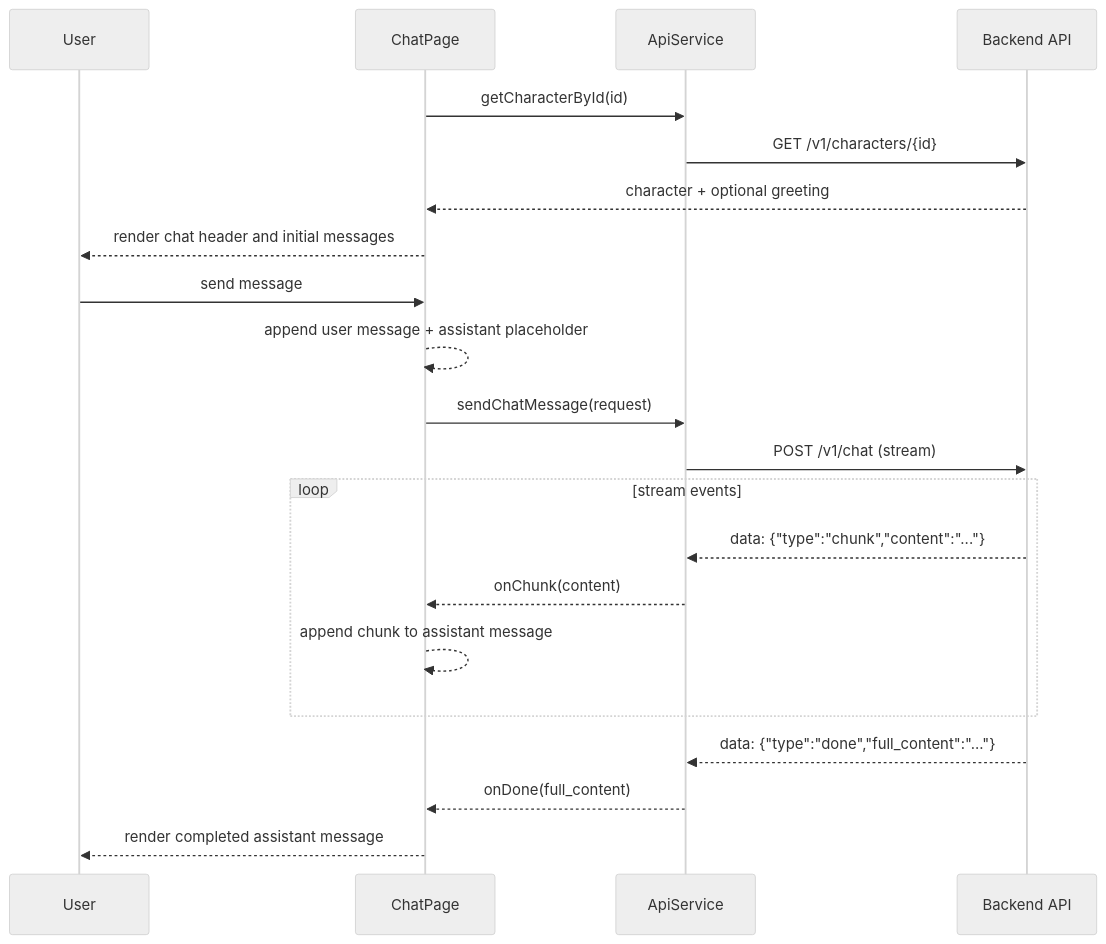
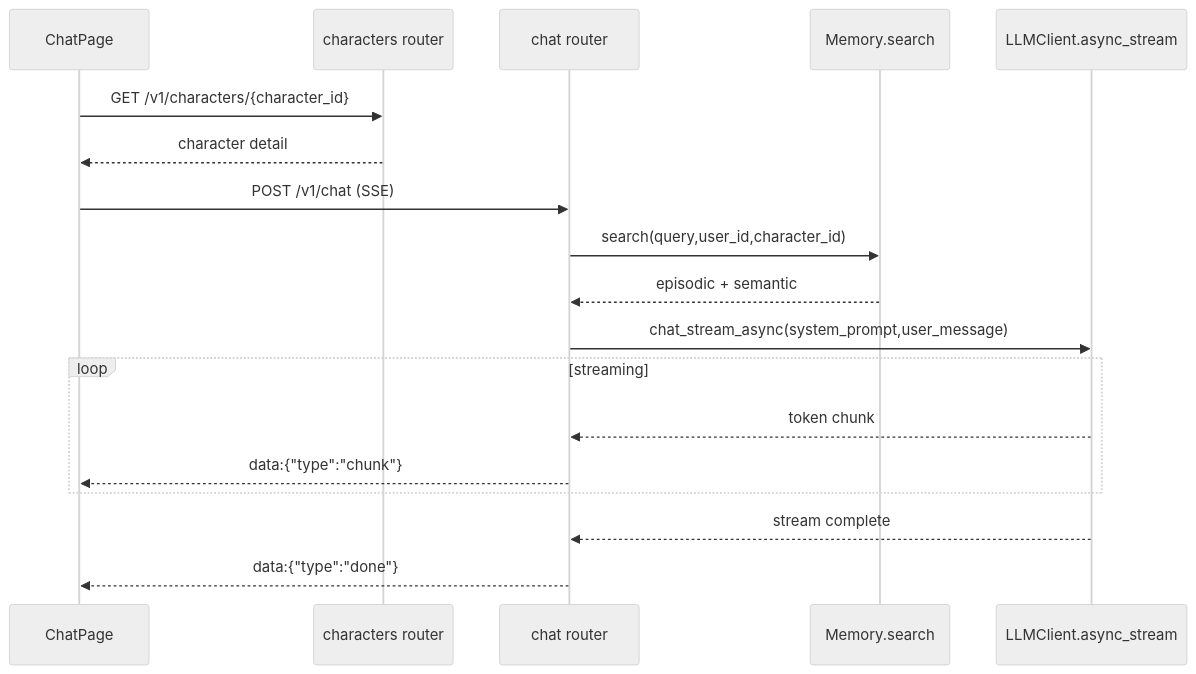
The ninth of 13 diagrams in .agent/project.md (ChasePassion/role-playing), drawn with Mermaid (neutral theme) before and after one commit. The commit also changed other lines of this file, not shown here.

````diff
--- a/.agent/project.md
+++ b/.agent/project.md
@@ -427,25 +492,24 @@
 ```mermaid
 sequenceDiagram
-    participant U as User
     participant CP as ChatPage
-    participant AS as ApiService
-    participant API as Backend API
+    participant CHR as characters router
+    participant CHAT as chat router
+    participant MEM as Memory.search
+    participant LLM as LLMClient.async_stream
 
-    CP->>AS: getCharacterById(id)
-    AS->>API: GET /v1/characters/{id}
-    API-->>CP: character + optional greeting
-    CP-->>U: render chat header and initial messages
+    CP->>CHR: GET /v1/characters/{character_id}
+    CHR-->>CP: character detail
 
-    U->>CP: send message
-    CP-->>CP: append user message + assistant placeholder
-    CP->>AS: sendChatMessage(request)
-    AS->>API: POST /v1/chat (stream)
-    loop stream events
-        API-->>AS: data: {"type":"chunk","content":"..."}
-        AS-->>CP: onChunk(content)
-        CP-->>CP: append chunk to assistant message
+    CP->>CHAT: POST /v1/chat (SSE)
+    CHAT->>MEM: search(query,user_id,character_id)
+    MEM-->>CHAT: episodic + semantic
+    CHAT->>LLM: chat_stream_async(system_prompt,user_message)
+
+    loop streaming
+      LLM-->>CHAT: token chunk
+      CHAT-->>CP: data:{"type":"chunk"}
     end
-    API-->>AS: data: {"type":"done","full_content":"..."}
-    AS-->>CP: onDone(full_content)
-    CP-->>U: render completed assistant message
+
+    LLM-->>CHAT: stream complete
+    CHAT-->>CP: data:{"type":"done"}
 ```
````
